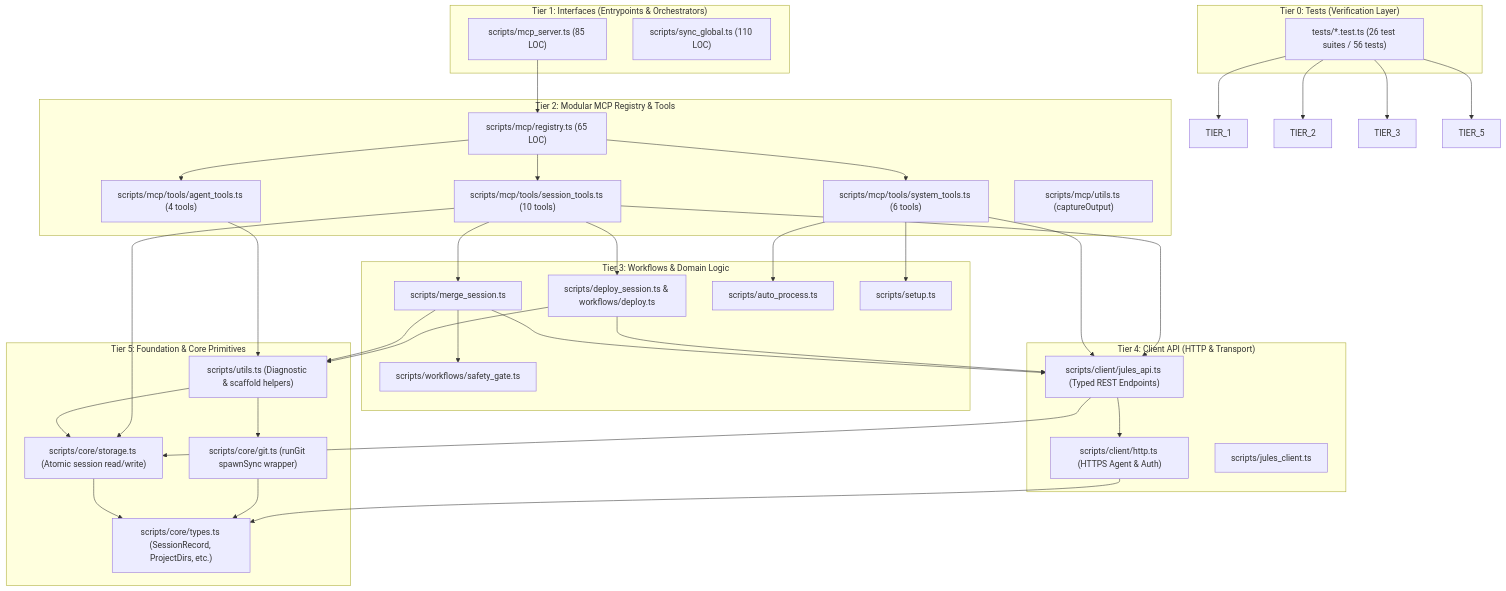
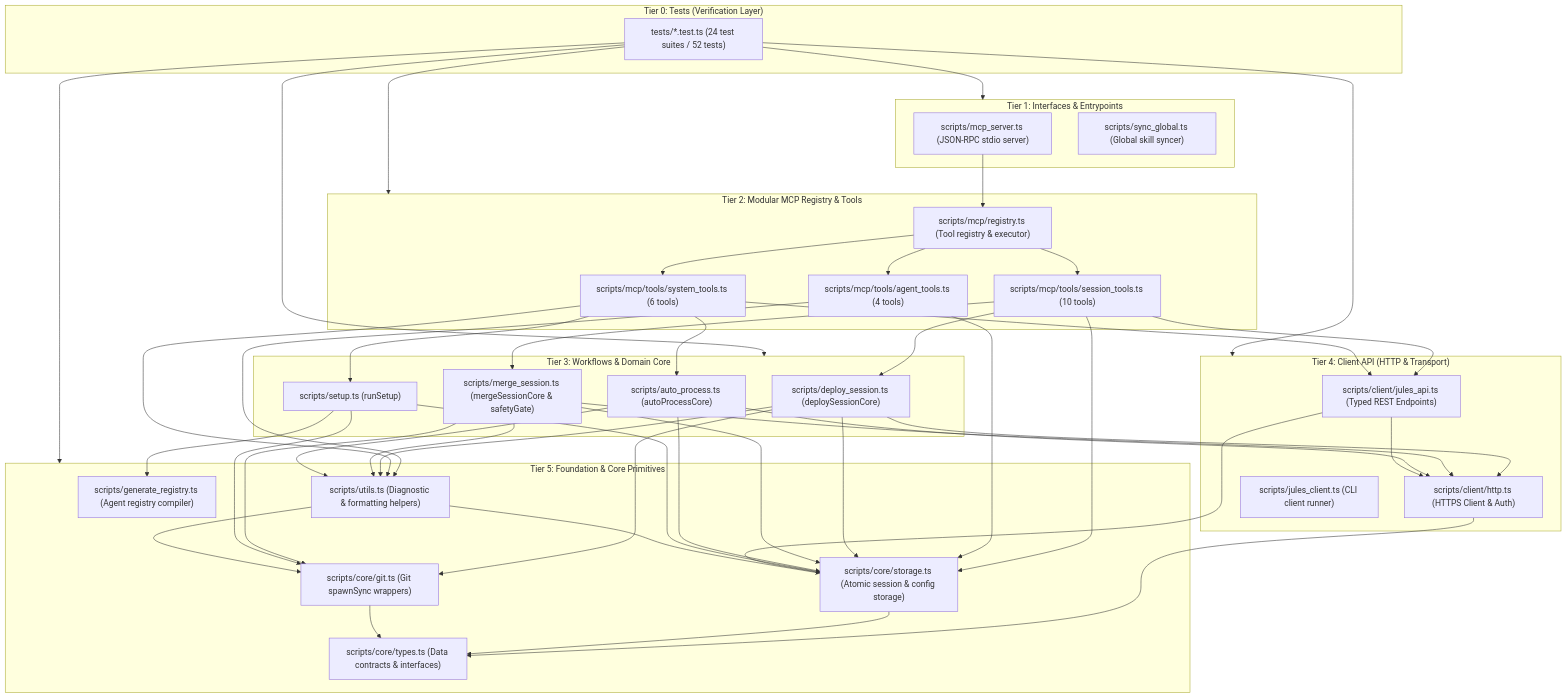
The diagram in docs/codebase-architecture-map.md (rivadmorin/Jules-Companion), drawn with Mermaid before and after one commit. The commit also changed other lines of this file and 4 other files, not shown here.

Commit message:
docs: enrich architecture map, developer extension guides, and application documentation

````diff
--- a/docs/codebase-architecture-map.md
+++ b/docs/codebase-architecture-map.md
@@ -29,47 +28,47 @@
 ```mermaid
 graph TD
     subgraph Tier_0 ["Tier 0: Tests (Verification Layer)"]
-        T["tests/*.test.ts (26 test suites / 56 tests)"]
+        T["tests/*.test.ts (24 test suites / 52 tests)"]
     end
 
-    subgraph Tier_1 ["Tier 1: Interfaces (Entrypoints & Orchestrators)"]
-        MCP["scripts/mcp_server.ts (85 LOC)"]
-        SYNC["scripts/sync_global.ts (110 LOC)"]
+    subgraph Tier_1 ["Tier 1: Interfaces & Entrypoints"]
+        MCP["scripts/mcp_server.ts (JSON-RPC stdio server)"]
+        SYNC["scripts/sync_global.ts (Global skill syncer)"]
     end
 
     subgraph Tier_2 ["Tier 2: Modular MCP Registry & Tools"]
-        REG["scripts/mcp/registry.ts (65 LOC)"]
+        REG["scripts/mcp/registry.ts (Tool registry & executor)"]
         SESS_TOOLS["scripts/mcp/tools/session_tools.ts (10 tools)"]
         AGENT_TOOLS["scripts/mcp/tools/agent_tools.ts (4 tools)"]
         SYS_TOOLS["scripts/mcp/tools/system_tools.ts (6 tools)"]
-        MCP_UTILS["scripts/mcp/utils.ts (captureOutput)"]
     end
 
-    subgraph Tier_3 ["Tier 3: Workflows & Domain Logic"]
-        DEPLOY["scripts/deploy_session.ts & workflows/deploy.ts"]
-        MERGE["scripts/merge_session.ts"]
-        SAFETY["scripts/workflows/safety_gate.ts"]
-        AUTO["scripts/auto_process.ts"]
-        SETUP["scripts/setup.ts"]
+    subgraph Tier_3 ["Tier 3: Workflows & Domain Core"]
+        DEPLOY["scripts/deploy_session.ts (deploySessionCore)"]
+        MERGE["scripts/merge_session.ts (mergeSessionCore & safetyGate)"]
+        AUTO["scripts/auto_process.ts (autoProcessCore)"]
+        SETUP["scripts/setup.ts (runSetup)"]
     end
 
     subgraph Tier_4 ["Tier 4: Client API (HTTP & Transport)"]
-        HTTP["scripts/client/http.ts (HTTPS Agent & Auth)"]
+        HTTP["scripts/client/http.ts (HTTPS Client & Auth)"]
         API["scripts/client/jules_api.ts (Typed REST Endpoints)"]
-        CLIENT_RUNNER["scripts/jules_client.ts"]
+        CLIENT_RUNNER["scripts/jules_client.ts (CLI client runner)"]
     end
 
     subgraph Tier_5 ["Tier 5: Foundation & Core Primitives"]
-        TYPES["scripts/core/types.ts (SessionRecord, ProjectDirs, etc.)"]
-        GIT["scripts/core/git.ts (runGit spawnSync wrapper)"]
-        STORAGE["scripts/core/storage.ts (Atomic session read/write)"]
-        UTILS["scripts/utils.ts (Diagnostic & scaffold helpers)"]
+        TYPES["scripts/core/types.ts (Data contracts & interfaces)"]
+        GIT["scripts/core/git.ts (Git spawnSync wrappers)"]
+        STORAGE["scripts/core/storage.ts (Atomic session & config storage)"]
+        UTILS["scripts/utils.ts (Diagnostic & formatting helpers)"]
+        GEN_REG["scripts/generate_registry.ts (Agent registry compiler)"]
     end
 
-    T --> TIER_1
-    T --> TIER_2
-    T --> TIER_3
-    T --> TIER_5
+    T --> Tier_1
+    T --> Tier_2
+    T --> Tier_3
+    T --> Tier_4
+    T --> Tier_5
 
     MCP --> REG
     REG --> SESS_TOOLS
@@ -82,22 +81,35 @@
     SESS_TOOLS --> STORAGE
 
     AGENT_TOOLS --> UTILS
+    AGENT_TOOLS --> STORAGE
     SYS_TOOLS --> AUTO
     SYS_TOOLS --> SETUP
     SYS_TOOLS --> API
+    SYS_TOOLS --> UTILS
 
-    DEPLOY --> API
+    DEPLOY --> HTTP
+    DEPLOY --> STORAGE
+    DEPLOY --> GIT
     DEPLOY --> UTILS
-    MERGE --> SAFETY
-    MERGE --> API
+
+    MERGE --> HTTP
+    MERGE --> STORAGE
+    MERGE --> GIT
     MERGE --> UTILS
+
+    AUTO --> HTTP
+    AUTO --> STORAGE
+    AUTO --> UTILS
+
+    SETUP --> GIT
+    SETUP --> STORAGE
+    SETUP --> GEN_REG
 
     API --> HTTP
     API --> STORAGE
     HTTP --> TYPES
-
+    STORAGE --> TYPES
+    GIT --> TYPES
     UTILS --> GIT
     UTILS --> STORAGE
-    GIT --> TYPES
-    STORAGE --> TYPES
 ```
````
